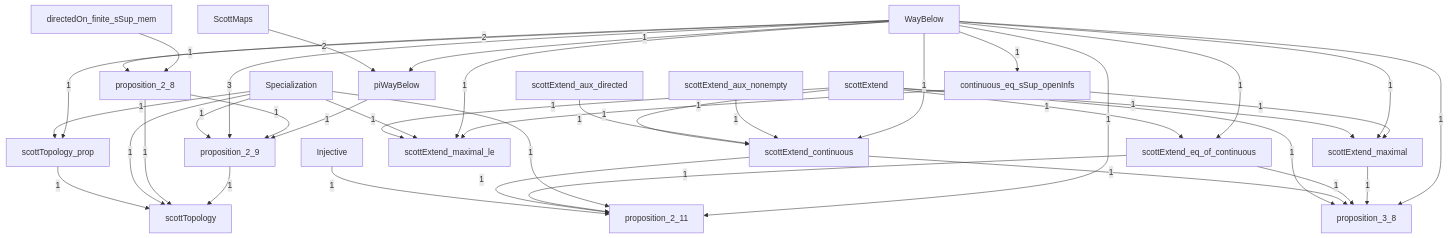
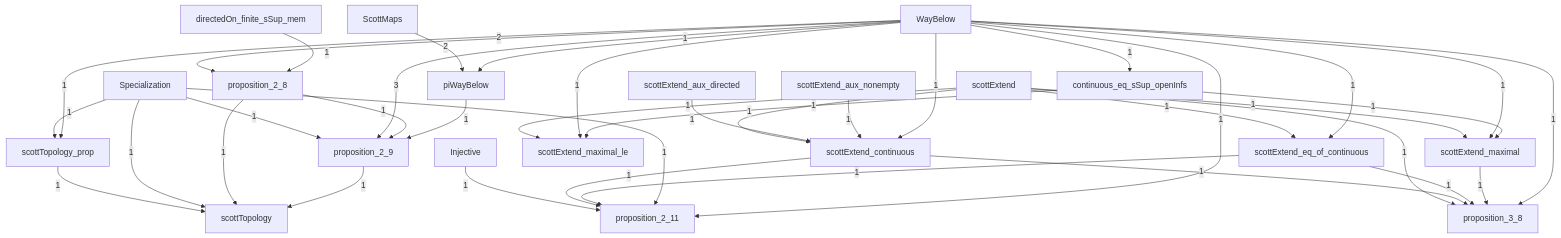
The diagram in DomainTheory/ContinuousLattice/Constructions/Constructions.mermaid (catskillsresearch/DomainTheory), drawn with Mermaid before and after one commit. The commit also changed 38 other files, not shown here.

```diff
--- a/DomainTheory/ContinuousLattice/Constructions/Constructions.mermaid
+++ b/DomainTheory/ContinuousLattice/Constructions/Constructions.mermaid
@@ -1,67 +1,66 @@
 %% Inside Constructions. A box is one Lean file in this folder, or one subfolder.
 %% A box named as another folder is that whole folder. A box named as another chapter is that whole chapter.
 %% The arrowhead points at the file or folder that imports. The label is how many direct imports.
 flowchart TB
 
   N5["continuous_eq_sSup_openInfs"]
   N6["directedOn_finite_sSup_mem"]
   N0["Injective"]
   piWayBelow["piWayBelow"]
   N15["proposition_2_11"]
   N7["proposition_2_8"]
   N9["proposition_2_9"]
   N17["proposition_3_8"]
   N10["scottExtend"]
   N11["scottExtend_aux_directed"]
   N12["scottExtend_aux_nonempty"]
   N13["scottExtend_continuous"]
   N14["scottExtend_eq_of_continuous"]
   N16["scottExtend_maximal"]
   N18["scottExtend_maximal_le"]
   N1["ScottMaps"]
   scottTopology["scottTopology"]
   N19["scottTopology_prop"]
   N2["Specialization"]
   N3["WayBelow"]
 
   N10 -->|"1"| N13
   N11 -->|"1"| N13
   N12 -->|"1"| N13
   N3 -->|"1"| N13
   N10 -->|"1"| N14
   N3 -->|"1"| N14
   N0 -->|"1"| N15
   N13 -->|"1"| N15
   N14 -->|"1"| N15
   N2 -->|"1"| N15
   N3 -->|"1"| N15
   N10 -->|"1"| N16
   N3 -->|"1"| N16
   N5 -->|"1"| N16
   N10 -->|"1"| N17
   N13 -->|"1"| N17
   N14 -->|"1"| N17
   N16 -->|"1"| N17
   N3 -->|"1"| N17
   N10 -->|"1"| N18
-  N2 -->|"1"| N18
   N3 -->|"1"| N18
   N5 -->|"1"| N18
   N2 -->|"1"| N19
   N3 -->|"1"| N19
   N3 -->|"1"| N5
   N3 -->|"2"| N7
   N6 -->|"1"| N7
   N2 -->|"1"| N9
   N3 -->|"3"| N9
   N7 -->|"1"| N9
   piWayBelow -->|"1"| N9
   N1 -->|"2"| piWayBelow
   N3 -->|"1"| piWayBelow
   N19 -->|"1"| scottTopology
   N2 -->|"1"| scottTopology
   N7 -->|"1"| scottTopology
   N9 -->|"1"| scottTopology
 
   classDef file fill:#dbeafe,stroke:#1d4ed8,color:#1e3a8a
   classDef ext fill:#f3f4f6,stroke:#374151,color:#111827
```
